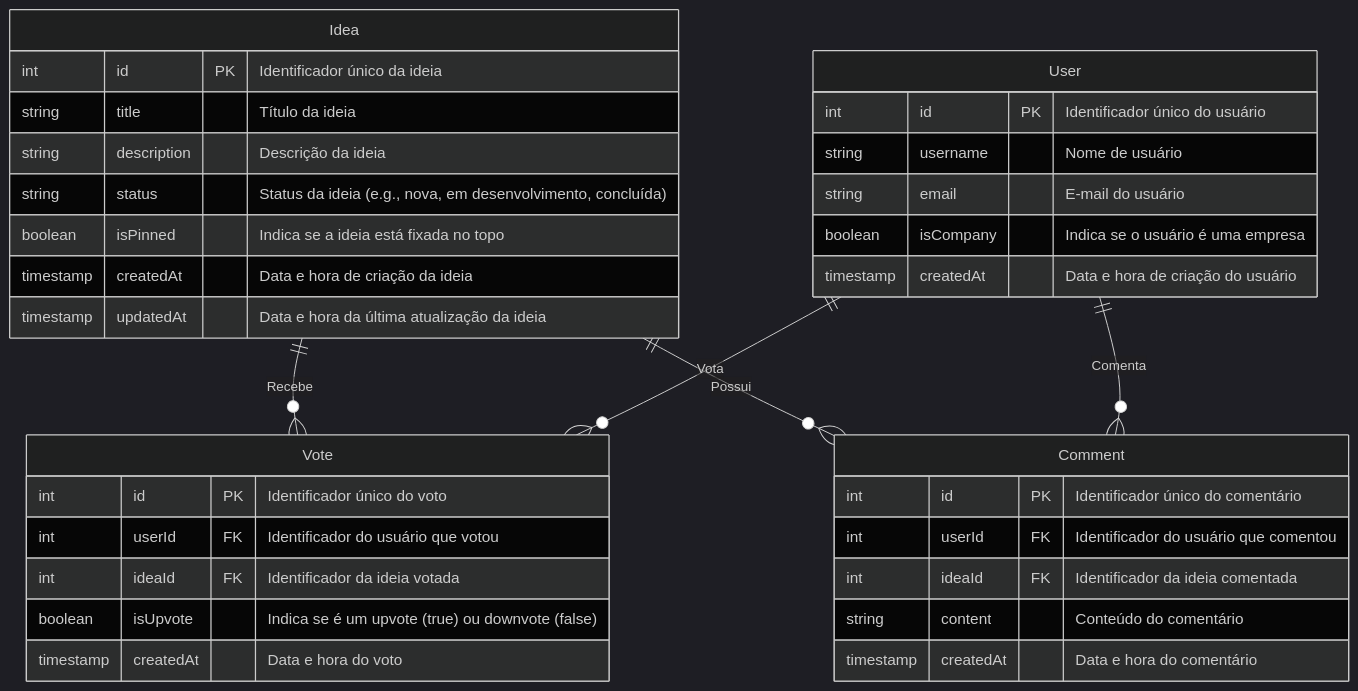
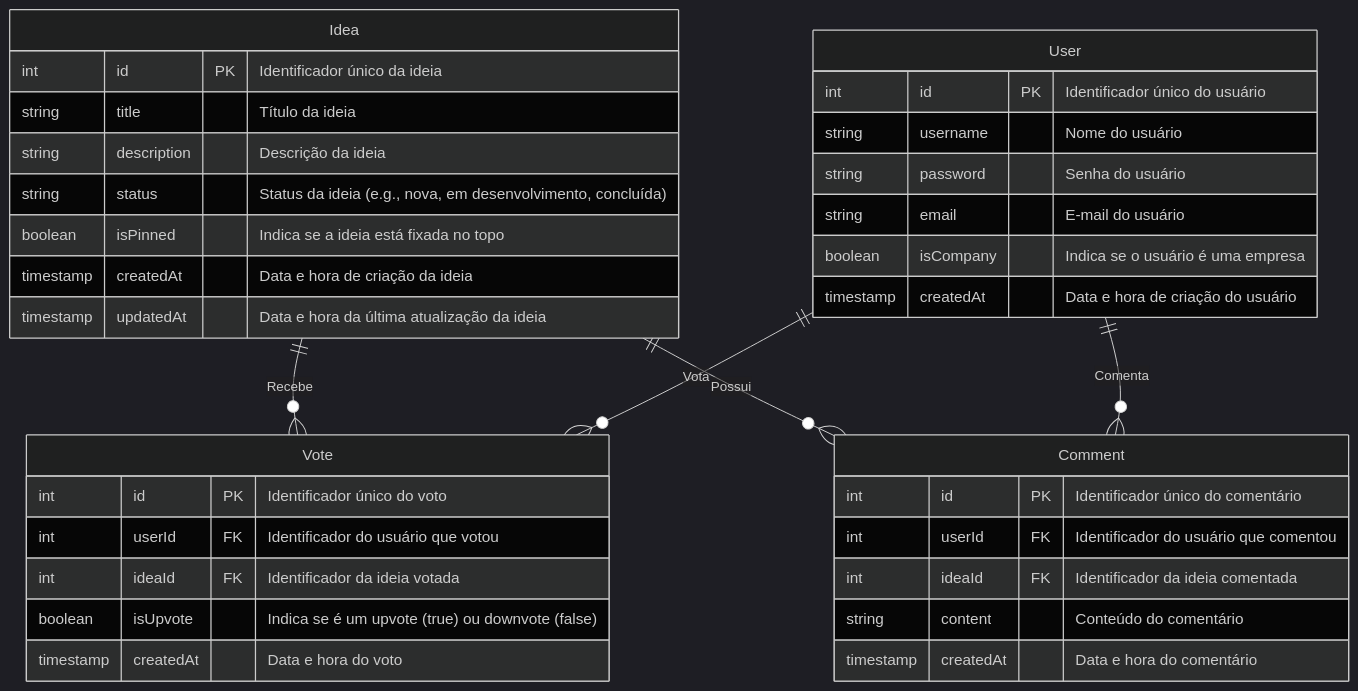
One commit to SpotifaiI/epicfy-concept changed the second of 2 diagrams in README.md. Above: the diagram before and after it, drawn with Mermaid.

Commit message:
docs: add password do User table

````diff
--- a/README.md
+++ b/README.md
@@ -106,43 +106,44 @@
 ``` mermaid
 %%{init: {'theme': 'dark'}}%%
 erDiagram
     Idea {
         int id PK "Identificador único da ideia"
         string title "Título da ideia"
         string description "Descrição da ideia"
         string status "Status da ideia (e.g., nova, em desenvolvimento, concluída)"
         boolean isPinned "Indica se a ideia está fixada no topo"
         timestamp createdAt "Data e hora de criação da ideia"
         timestamp updatedAt "Data e hora da última atualização da ideia"
     }
 
     User {
         int id PK "Identificador único do usuário"
-        string username "Nome de usuário"
+        string username "Nome do usuário"
+        string password "Senha do usuário"
         string email "E-mail do usuário"
         boolean isCompany "Indica se o usuário é uma empresa"
         timestamp createdAt "Data e hora de criação do usuário"
     }
 
     Vote {
         int id PK "Identificador único do voto"
         int userId FK "Identificador do usuário que votou"
         int ideaId FK "Identificador da ideia votada"
         boolean isUpvote "Indica se é um upvote (true) ou downvote (false)"
         timestamp createdAt "Data e hora do voto"
     }
 
     Comment {
         int id PK "Identificador único do comentário"
         int userId FK "Identificador do usuário que comentou"
         int ideaId FK "Identificador da ideia comentada"
         string content "Conteúdo do comentário"
         timestamp createdAt "Data e hora do comentário"
     }
 
     %% Relationships
     Idea ||--o{ Vote : "Recebe"
     Idea ||--o{ Comment : "Possui"
     User ||--o{ Vote : "Vota"
     User ||--o{ Comment : "Comenta"
 ```
````
